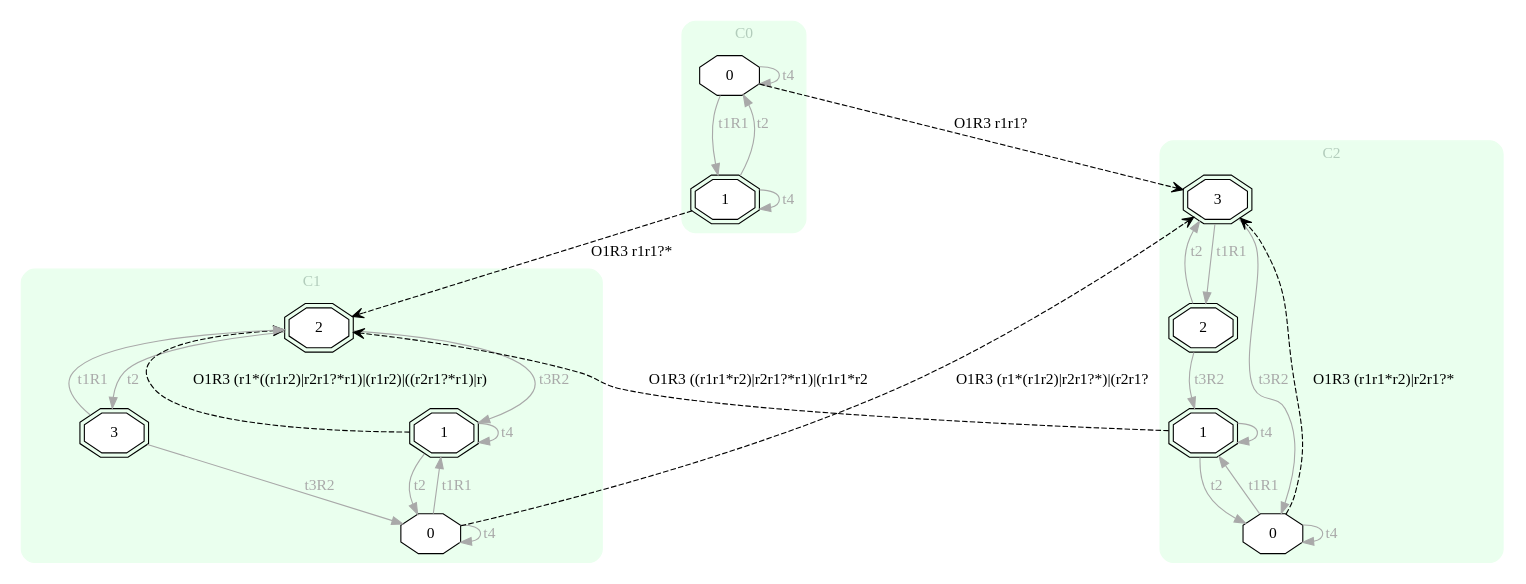
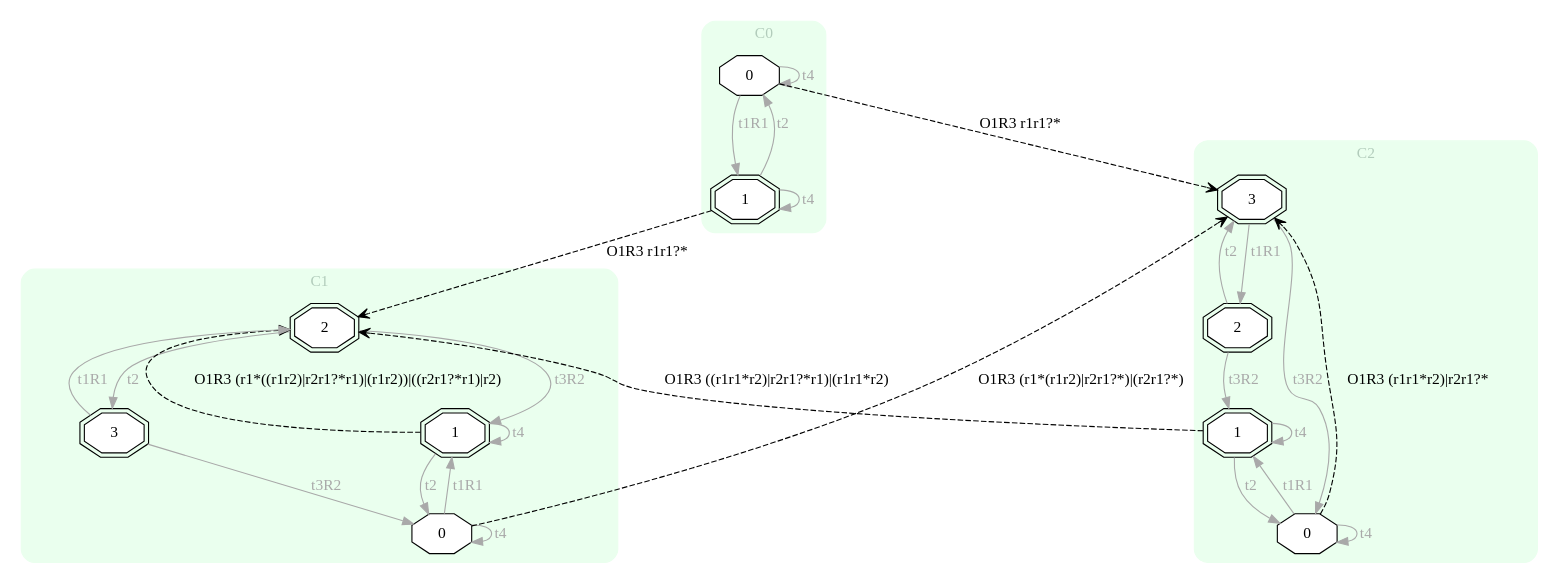
One commit to Stefano-BS/Explanatory-Diagnosis changed the diagram in input/r_EXP.dot. Above: the diagram before and after it, drawn with Graphviz. The commit also changed 18 other files, not shown here.

```diff
--- a/input/r_EXP.dot
+++ b/input/r_EXP.dot
@@ -1,51 +1,51 @@
 digraph "EXPinput/r" {
 node [style=filled fillcolor=white]
 subgraph cluster0 {
 style="rounded,filled" label="C0" fontcolor="#B2CCBB" color="#EAFFEE"
 edge[color=darkgray fontcolor=darkgray]
 node [shape=octagon]; C0S0 [label=0];
 node [shape=doubleoctagon]; C0S1 [label=1];
 C0S0 -> C0S1 [label=t1R1]
 C0S0 -> C0S0 [label=t4]
 C0S1 -> C0S0 [label=t2]
 C0S1 -> C0S1 [label=t4]
 }
 subgraph cluster1 {
 style="rounded,filled" label="C1" fontcolor="#B2CCBB" color="#EAFFEE"
 edge[color=darkgray fontcolor=darkgray]
 node [shape=doubleoctagon]; C1S2 [label=2];
 node [shape=doubleoctagon]; C1S1 [label=1];
 node [shape=octagon]; C1S0 [label=0];
 node [shape=doubleoctagon]; C1S3 [label=3];
 C1S2 -> C1S3 [label=t2]
 C1S2 -> C1S1 [label=t3R2]
 C1S1 -> C1S0 [label=t2]
 C1S1 -> C1S1 [label=t4]
 C1S0 -> C1S1 [label=t1R1]
 C1S0 -> C1S0 [label=t4]
 C1S3 -> C1S2 [label=t1R1]
 C1S3 -> C1S0 [label=t3R2]
 }
 subgraph cluster2 {
 style="rounded,filled" label="C2" fontcolor="#B2CCBB" color="#EAFFEE"
 edge[color=darkgray fontcolor=darkgray]
 node [shape=doubleoctagon]; C2S3 [label=3];
 node [shape=doubleoctagon]; C2S1 [label=1];
 node [shape=doubleoctagon]; C2S2 [label=2];
 node [shape=octagon]; C2S0 [label=0];
 C2S3 -> C2S2 [label=t1R1]
 C2S3 -> C2S0 [label=t3R2]
 C2S1 -> C2S0 [label=t2]
 C2S1 -> C2S1 [label=t4]
 C2S2 -> C2S3 [label=t2]
 C2S2 -> C2S1 [label=t3R2]
 C2S0 -> C2S1 [label=t1R1]
 C2S0 -> C2S0 [label=t4]
 }
-C0S0 -> C2S3 [style=dashed arrowhead=vee label="O1R3 r1r1?"]
+C0S0 -> C2S3 [style=dashed arrowhead=vee label="O1R3 r1r1?*"]
 C0S1 -> C1S2 [style=dashed arrowhead=vee label="O1R3 r1r1?*"]
-C1S1 -> C1S2 [style=dashed arrowhead=vee label="O1R3 (r1*((r1r2)|r2r1?*r1)|(r1r2)|((r2r1?*r1)|r)"]
-C1S0 -> C2S3 [style=dashed arrowhead=vee label="O1R3 (r1*(r1r2)|r2r1?*)|(r2r1?"]
+C1S1 -> C1S2 [style=dashed arrowhead=vee label="O1R3 (r1*((r1r2)|r2r1?*r1)|(r1r2))|((r2r1?*r1)|r2)"]
+C1S0 -> C2S3 [style=dashed arrowhead=vee label="O1R3 (r1*(r1r2)|r2r1?*)|(r2r1?*)"]
 C2S0 -> C2S3 [style=dashed arrowhead=vee label="O1R3 (r1r1*r2)|r2r1?*"]
-C2S1 -> C1S2 [style=dashed arrowhead=vee label="O1R3 ((r1r1*r2)|r2r1?*r1)|(r1r1*r2"]
+C2S1 -> C1S2 [style=dashed arrowhead=vee label="O1R3 ((r1r1*r2)|r2r1?*r1)|(r1r1*r2)"]
 }
```
